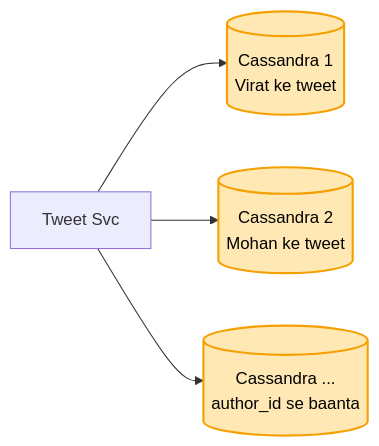
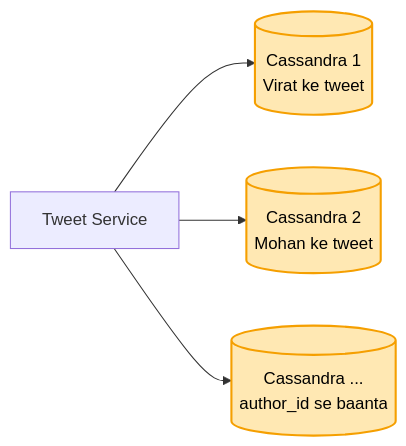
Before and after one commit to ArpanMaheshwari144/Prep: the seventh of 9 diagrams in 04_HLD/SYSTEM_DESIGNS/03_twitter_feed/03_twitter_feed.md, drawn with Mermaid. The commit also changed other lines of this file and 8 other files, not shown here.

````diff
--- a/04_HLD/SYSTEM_DESIGNS/03_twitter_feed/03_twitter_feed.md
+++ b/04_HLD/SYSTEM_DESIGNS/03_twitter_feed/03_twitter_feed.md
@@ -284,9 +284,9 @@
 ```mermaid
 flowchart LR
-    TS["Tweet Svc"] --> C1[("Cassandra 1<br/>Virat ke tweet")]
+    TS["Tweet Service"] --> C1[("Cassandra 1<br/>Virat ke tweet")]
     TS --> C2[("Cassandra 2<br/>Mohan ke tweet")]
     TS --> C3[("Cassandra ...<br/>author_id se baanta")]
     style C1 fill:#ffe8b3,stroke:#f59f00,stroke-width:2px,color:#000
     style C2 fill:#ffe8b3,stroke:#f59f00,stroke-width:2px,color:#000
     style C3 fill:#ffe8b3,stroke:#f59f00,stroke-width:2px,color:#000
 ```
````
